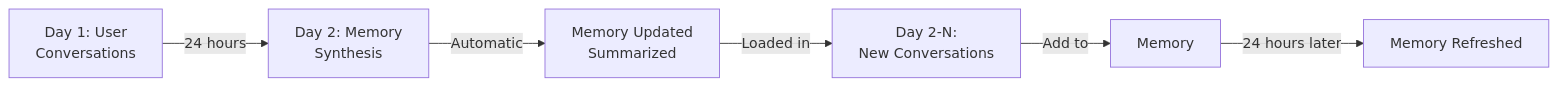
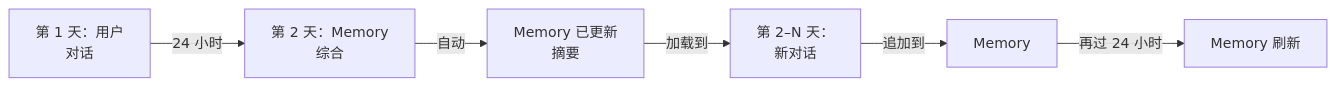
One commit to wgqi1126/claude-howto-zh-cn changed the fourth of 4 diagrams in 02-memory/README.md. Above: the diagram before and after it, drawn with Mermaid. The commit also changed other lines of this file and 58 other files, not shown here.

````diff
--- a/02-memory/README.md
+++ b/02-memory/README.md
@@ -906,8 +905,8 @@
 ```mermaid
 graph LR
-    A["Day 1: User<br/>Conversations"] -->|24 hours| B["Day 2: Memory<br/>Synthesis"]
-    B -->|Automatic| C["Memory Updated<br/>Summarized"]
-    C -->|Loaded in| D["Day 2-N:<br/>New Conversations"]
-    D -->|Add to| E["Memory"]
-    E -->|24 hours later| F["Memory Refreshed"]
+    A["第 1 天：用户<br/>对话"] -->|24 小时| B["第 2 天：Memory<br/>综合"]
+    B -->|自动| C["Memory 已更新<br/>摘要"]
+    C -->|加载到| D["第 2–N 天：<br/>新对话"]
+    D -->|追加到| E["Memory"]
+    E -->|再过 24 小时| F["Memory 刷新"]
 ```
````
